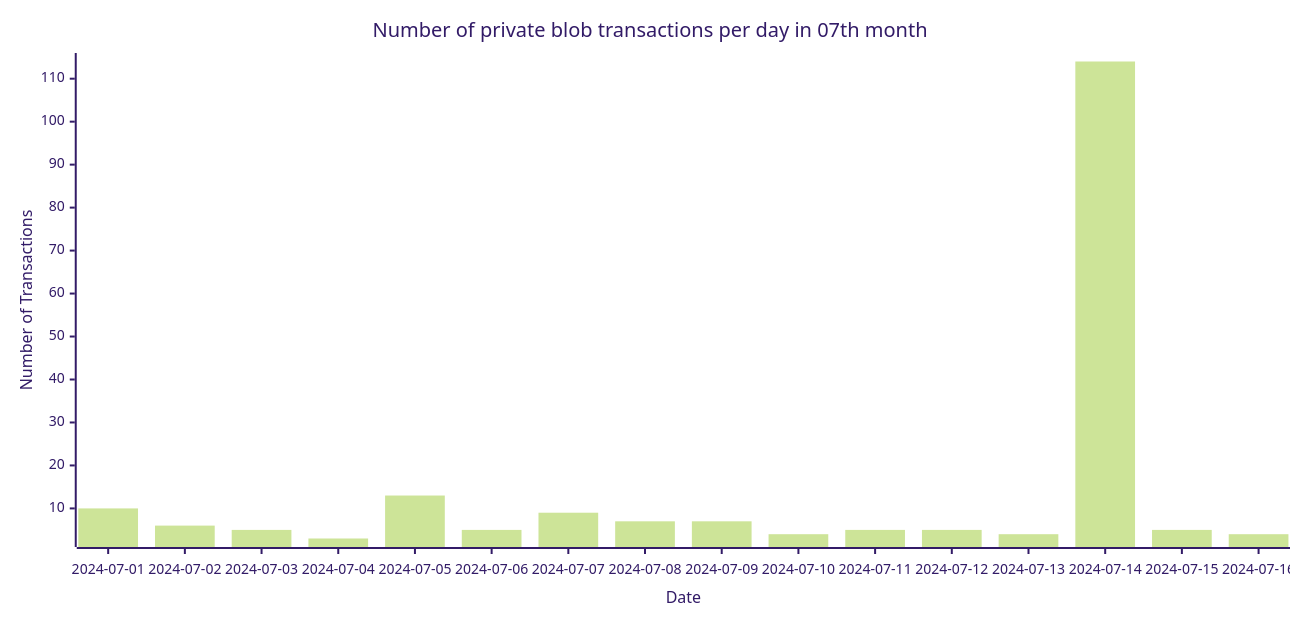
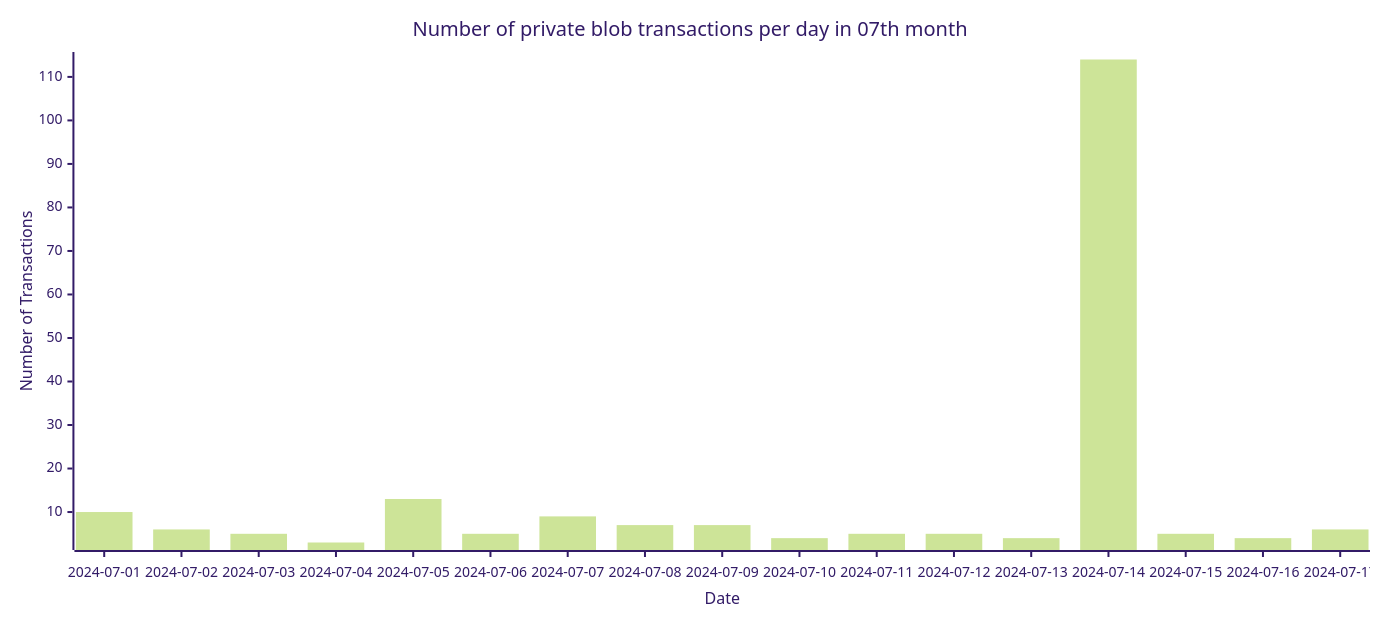
One commit to Amit0617/eip4844-data changed the fifth of 5 diagrams in README.md. Above: the diagram before and after it, drawn with Mermaid (forest theme). The commit also changed 1 other file, not shown here.

````diff
--- a/README.md
+++ b/README.md
@@ -53,12 +53,12 @@
 ```mermaid
 ---
 config:
     xyChart:
-        width: 1280
+        width: 1360
         height: 600
 ---
 xychart-beta title "Number of private blob transactions per day in 07th month"
-x-axis "Date" [2024-07-01,2024-07-02,2024-07-03,2024-07-04,2024-07-05,2024-07-06,2024-07-07,2024-07-08,2024-07-09,2024-07-10,2024-07-11,2024-07-12,2024-07-13,2024-07-14,2024-07-15,2024-07-16]
+x-axis "Date" [2024-07-01,2024-07-02,2024-07-03,2024-07-04,2024-07-05,2024-07-06,2024-07-07,2024-07-08,2024-07-09,2024-07-10,2024-07-11,2024-07-12,2024-07-13,2024-07-14,2024-07-15,2024-07-16,2024-07-17]
 y-axis "Number of Transactions"
-bar[10,6,5,3,13,5,9,7,7,4,5,5,4,114,5,4]
+bar[10,6,5,3,13,5,9,7,7,4,5,5,4,114,5,4,6]
 ```
````
